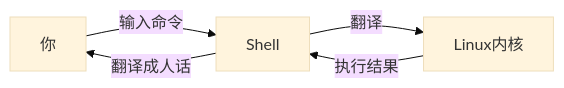
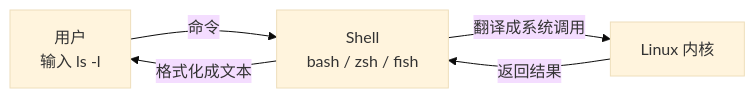
Before and after one commit to before80/prgms: the first of 2 diagrams in content/linux/shell/Chapter-53-Bash-Scripting-Basics.md, drawn with Mermaid (base theme). The commit also changed other lines of this file and 1645 other files, not shown here.

````diff
--- a/content/linux/shell/Chapter-53-Bash-Scripting-Basics.md
+++ b/content/linux/shell/Chapter-53-Bash-Scripting-Basics.md
@@ -28,7 +24,7 @@
 ```mermaid
 graph LR
-    A[你] -->|输入命令| B[Shell]
-    B -->|翻译| C[Linux内核]
-    C -->|执行结果| B
-    B -->|翻译成人话| A
+    A["用户<br>输入 ls -l"] -->|命令| B["Shell<br>bash / zsh / fish"]
+    B -->|翻译成系统调用| C["Linux 内核"]
+    C -->|返回结果| B
+    B -->|格式化成文本| A
 ```
````
